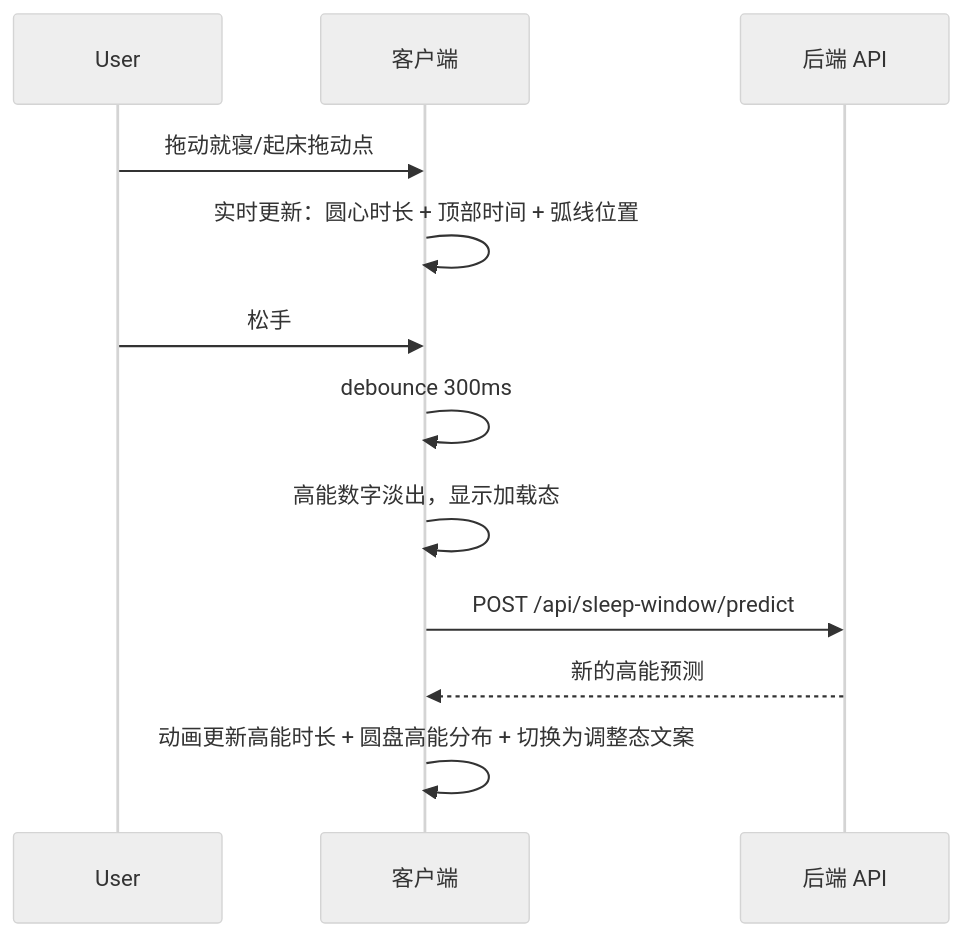
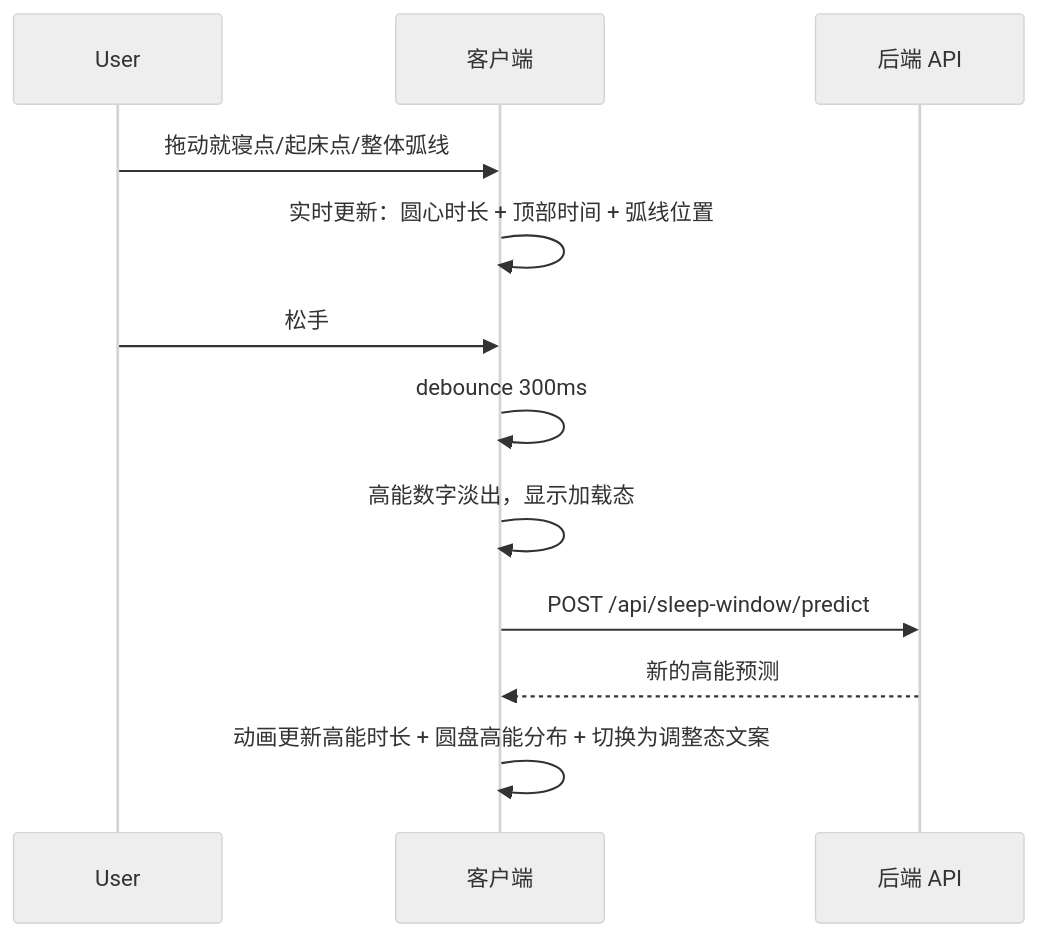
Before and after one commit to Trendolhxh/test: the second of 2 diagrams in isho-agent/prd/sleep-window/sleep-window-prd.md, drawn with Mermaid (neutral theme). The commit also changed other lines of this file, not shown here.

````diff
--- a/isho-agent/prd/sleep-window/sleep-window-prd.md
+++ b/isho-agent/prd/sleep-window/sleep-window-prd.md
@@ -227,15 +229,15 @@
 ```mermaid
 sequenceDiagram
     participant User
     participant App as 客户端
     participant API as 后端 API
 
-    User->>App: 拖动就寝/起床拖动点
+    User->>App: 拖动就寝点/起床点/整体弧线
     App->>App: 实时更新：圆心时长 + 顶部时间 + 弧线位置
     User->>App: 松手
     App->>App: debounce 300ms
     App->>App: 高能数字淡出，显示加载态
     App->>API: POST /api/sleep-window/predict
     API-->>App: 新的高能预测
     App->>App: 动画更新高能时长 + 圆盘高能分布 + 切换为调整态文案
 ```
````
